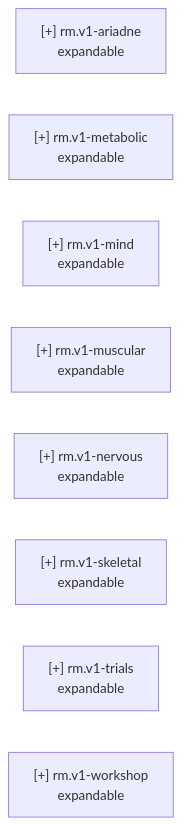
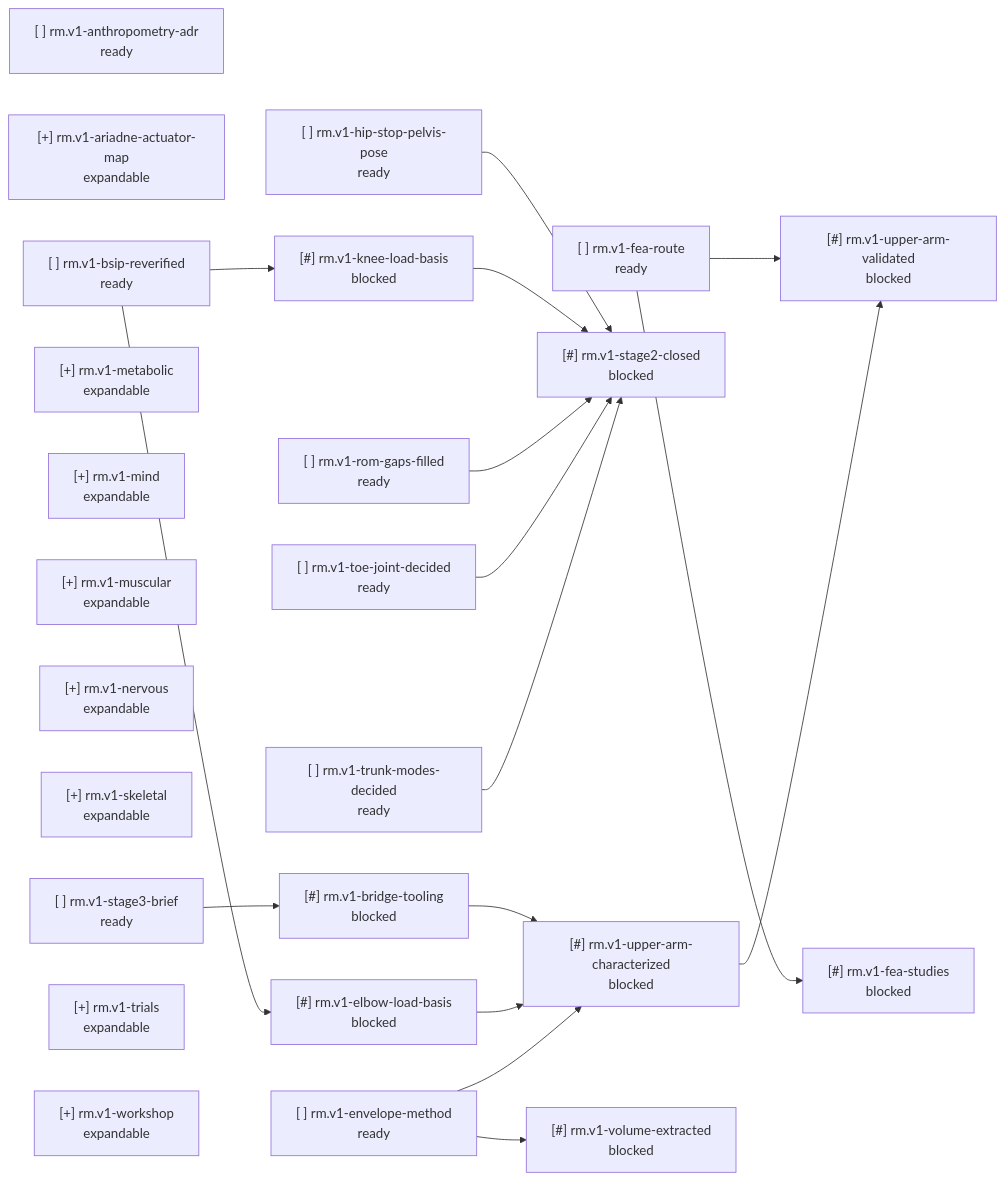
One commit to JoeCiampa3/freyja changed the diagram in roadmap/STATUS.md. Above: the diagram before and after it, drawn with Mermaid. The commit also changed other lines of this file and 1 other file, not shown here.

Commit message:
Expanded Ariadne sub-tree of roadmap

````diff
--- a/roadmap/STATUS.md
+++ b/roadmap/STATUS.md
@@ -39,11 +50,43 @@
 ```mermaid
 flowchart LR
-    n_rm_v1_ariadne["[+] rm.v1-ariadne<br/>expandable"]
+    n_rm_v1_anthropometry_adr["[ ] rm.v1-anthropometry-adr<br/>ready"]
+    n_rm_v1_ariadne_actuator_map["[+] rm.v1-ariadne-actuator-map<br/>expandable"]
+    n_rm_v1_bridge_tooling["[#] rm.v1-bridge-tooling<br/>blocked"]
+    n_rm_v1_bsip_reverified["[ ] rm.v1-bsip-reverified<br/>ready"]
+    n_rm_v1_elbow_load_basis["[#] rm.v1-elbow-load-basis<br/>blocked"]
+    n_rm_v1_envelope_method["[ ] rm.v1-envelope-method<br/>ready"]
+    n_rm_v1_fea_route["[ ] rm.v1-fea-route<br/>ready"]
+    n_rm_v1_fea_studies["[#] rm.v1-fea-studies<br/>blocked"]
+    n_rm_v1_hip_stop_pelvis_pose["[ ] rm.v1-hip-stop-pelvis-pose<br/>ready"]
+    n_rm_v1_knee_load_basis["[#] rm.v1-knee-load-basis<br/>blocked"]
     n_rm_v1_metabolic["[+] rm.v1-metabolic<br/>expandable"]
     n_rm_v1_mind["[+] rm.v1-mind<br/>expandable"]
     n_rm_v1_muscular["[+] rm.v1-muscular<br/>expandable"]
     n_rm_v1_nervous["[+] rm.v1-nervous<br/>expandable"]
+    n_rm_v1_rom_gaps_filled["[ ] rm.v1-rom-gaps-filled<br/>ready"]
     n_rm_v1_skeletal["[+] rm.v1-skeletal<br/>expandable"]
+    n_rm_v1_stage2_closed["[#] rm.v1-stage2-closed<br/>blocked"]
+    n_rm_v1_stage3_brief["[ ] rm.v1-stage3-brief<br/>ready"]
+    n_rm_v1_toe_joint_decided["[ ] rm.v1-toe-joint-decided<br/>ready"]
     n_rm_v1_trials["[+] rm.v1-trials<br/>expandable"]
+    n_rm_v1_trunk_modes_decided["[ ] rm.v1-trunk-modes-decided<br/>ready"]
+    n_rm_v1_upper_arm_characterized["[#] rm.v1-upper-arm-characterized<br/>blocked"]
+    n_rm_v1_upper_arm_validated["[#] rm.v1-upper-arm-validated<br/>blocked"]
+    n_rm_v1_volume_extracted["[#] rm.v1-volume-extracted<br/>blocked"]
     n_rm_v1_workshop["[+] rm.v1-workshop<br/>expandable"]
+    n_rm_v1_bridge_tooling --> n_rm_v1_upper_arm_characterized
+    n_rm_v1_bsip_reverified --> n_rm_v1_elbow_load_basis
+    n_rm_v1_bsip_reverified --> n_rm_v1_knee_load_basis
+    n_rm_v1_elbow_load_basis --> n_rm_v1_upper_arm_characterized
+    n_rm_v1_envelope_method --> n_rm_v1_upper_arm_characterized
+    n_rm_v1_envelope_method --> n_rm_v1_volume_extracted
+    n_rm_v1_fea_route --> n_rm_v1_fea_studies
+    n_rm_v1_fea_route --> n_rm_v1_upper_arm_validated
+    n_rm_v1_hip_stop_pelvis_pose --> n_rm_v1_stage2_closed
+    n_rm_v1_knee_load_basis --> n_rm_v1_stage2_closed
+    n_rm_v1_rom_gaps_filled --> n_rm_v1_stage2_closed
+    n_rm_v1_stage3_brief --> n_rm_v1_bridge_tooling
+    n_rm_v1_toe_joint_decided --> n_rm_v1_stage2_closed
+    n_rm_v1_trunk_modes_decided --> n_rm_v1_stage2_closed
+    n_rm_v1_upper_arm_characterized --> n_rm_v1_upper_arm_validated
 ```
````
